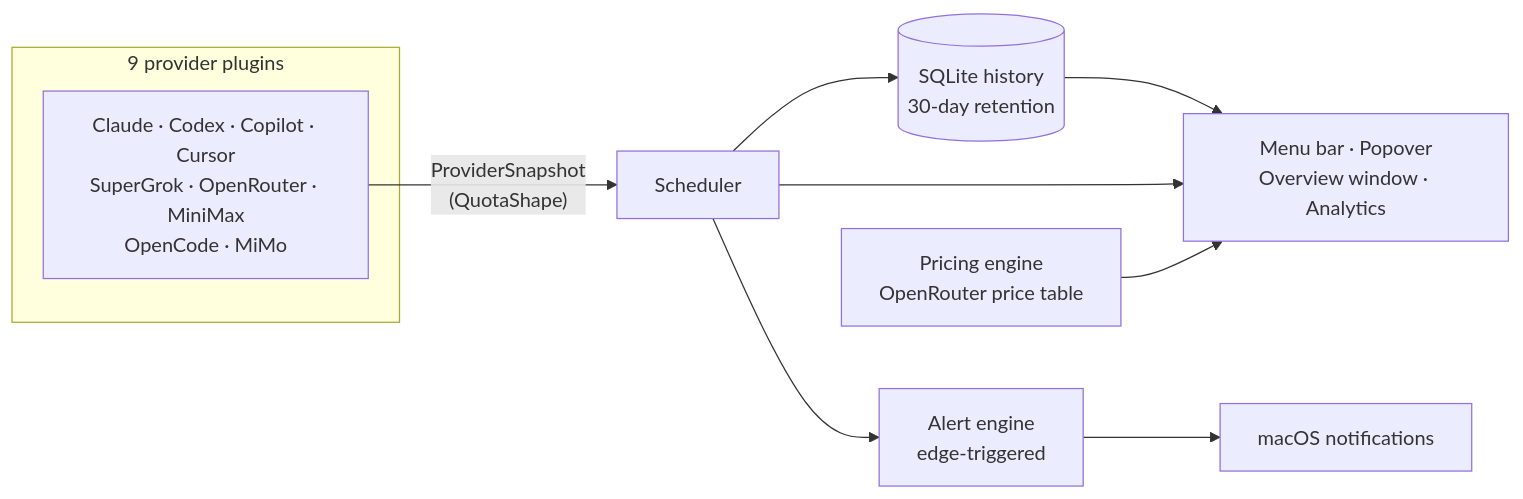
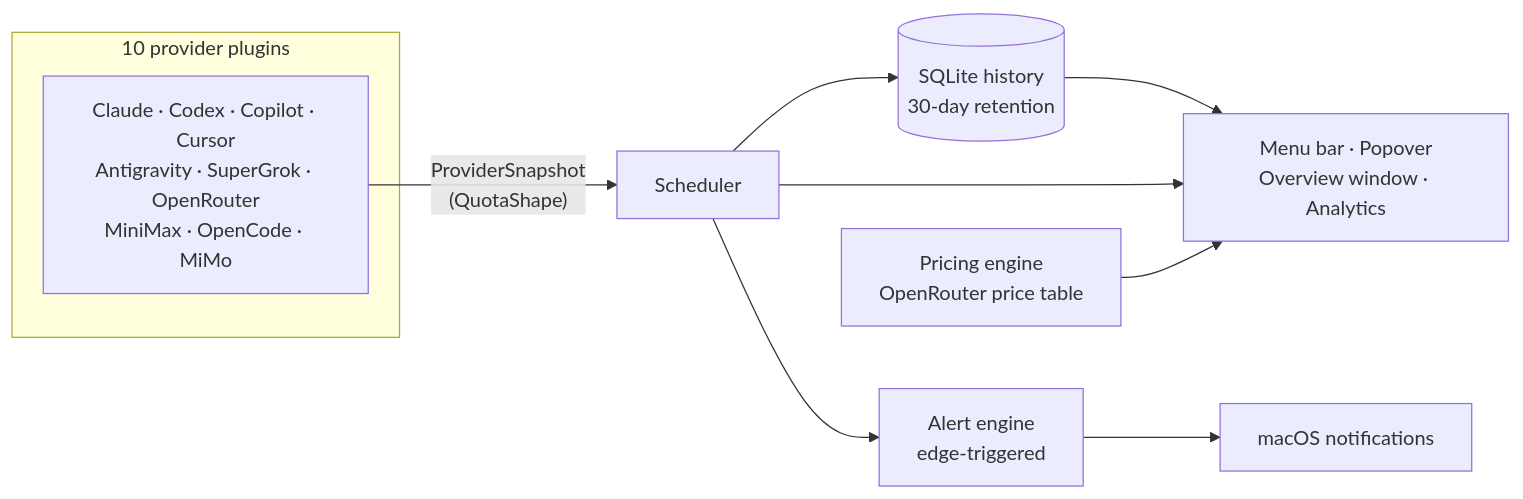
The diagram in README.md (OkamiOps/OkTally), drawn with Mermaid before and after one commit. The commit also changed other lines of this file and 5 other files, not shown here.

Commit message:
release: 0.9.1-beta — changelog entry, roadmap/provider tables refreshed, version bump

````diff
--- a/README.md
+++ b/README.md
@@ -97,13 +97,13 @@
 ```mermaid
 flowchart LR
-    subgraph Providers["9 provider plugins"]
-        P1["Claude · Codex · Copilot · Cursor<br/>SuperGrok · OpenRouter · MiniMax<br/>OpenCode · MiMo"]
+    subgraph Providers["10 provider plugins"]
+        P1["Claude · Codex · Copilot · Cursor<br/>Antigravity · SuperGrok · OpenRouter<br/>MiniMax · OpenCode · MiMo"]
     end
     P1 -->|"ProviderSnapshot<br/>(QuotaShape)"| S[Scheduler]
     S --> DB[(SQLite history<br/>30-day retention)]
     S --> AE[Alert engine<br/>edge-triggered]
     AE --> N[macOS notifications]
     DB --> UI["Menu bar · Popover<br/>Overview window · Analytics"]
     S --> UI
     PE[Pricing engine<br/>OpenRouter price table] --> UI
 ```
````
